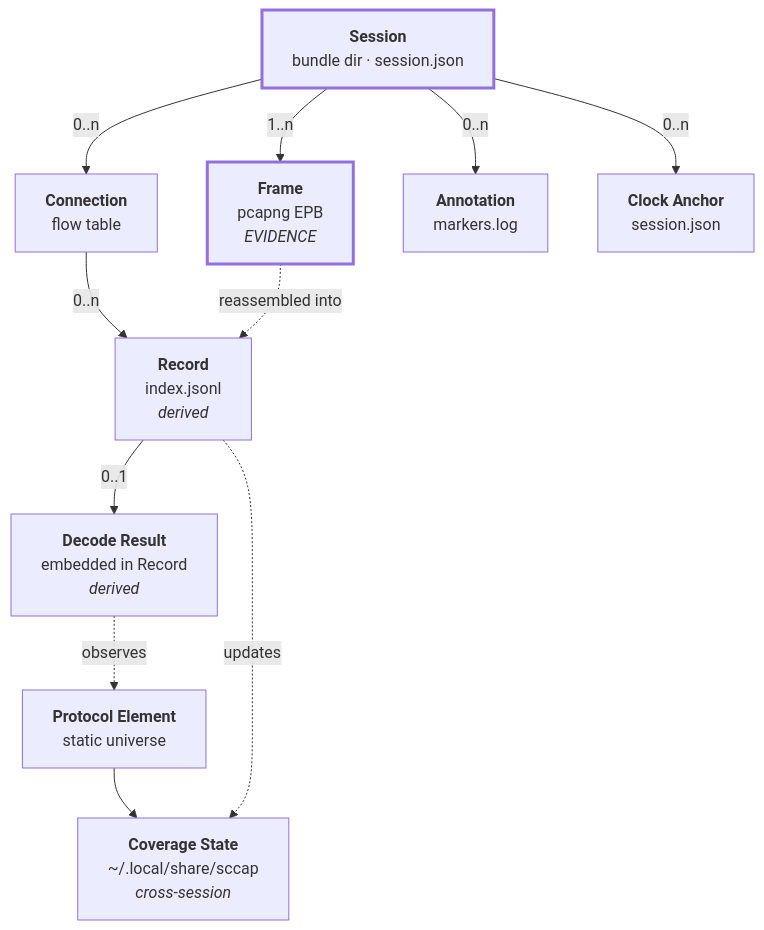
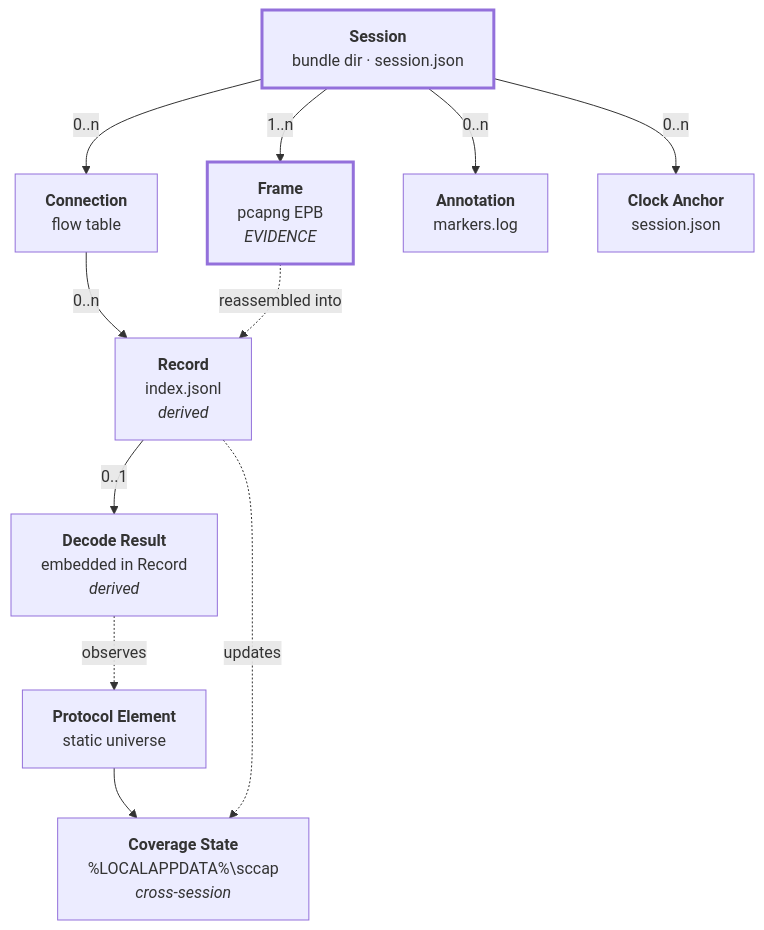
Before and after one commit to anthony-hopkins/star-konflict: the diagram in specs/001-capture-proxy/data-model.md, drawn with Mermaid. The commit also changed other lines of this file and 50 other files, not shown here.

````diff
--- a/specs/001-capture-proxy/data-model.md
+++ b/specs/001-capture-proxy/data-model.md
@@ -9,26 +9,26 @@
 ```mermaid
 flowchart TD
     S["<b>Session</b><br/>bundle dir · session.json"]
     F["<b>Frame</b><br/>pcapng EPB<br/><i>EVIDENCE</i>"]
     C["<b>Connection</b><br/>flow table"]
     R["<b>Record</b><br/>index.jsonl<br/><i>derived</i>"]
     D["<b>Decode Result</b><br/>embedded in Record<br/><i>derived</i>"]
     A["<b>Annotation</b><br/>markers.log"]
     CA["<b>Clock Anchor</b><br/>session.json"]
     PE["<b>Protocol Element</b><br/>static universe"]
-    CS["<b>Coverage State</b><br/>~/.local/share/sccap<br/><i>cross-session</i>"]
+    CS["<b>Coverage State</b><br/>%LOCALAPPDATA%\sccap<br/><i>cross-session</i>"]
 
     S -->|1..n| F
     S -->|0..n| CA
     S -->|0..n| A
     S -->|0..n| C
     C -->|0..n| R
     F -.->|"reassembled into"| R
     R -->|0..1| D
     D -.->|"observes"| PE
     PE --> CS
     R -.->|"updates"| CS
 
     style F stroke-width:3px
     style S stroke-width:3px
 ```
````
